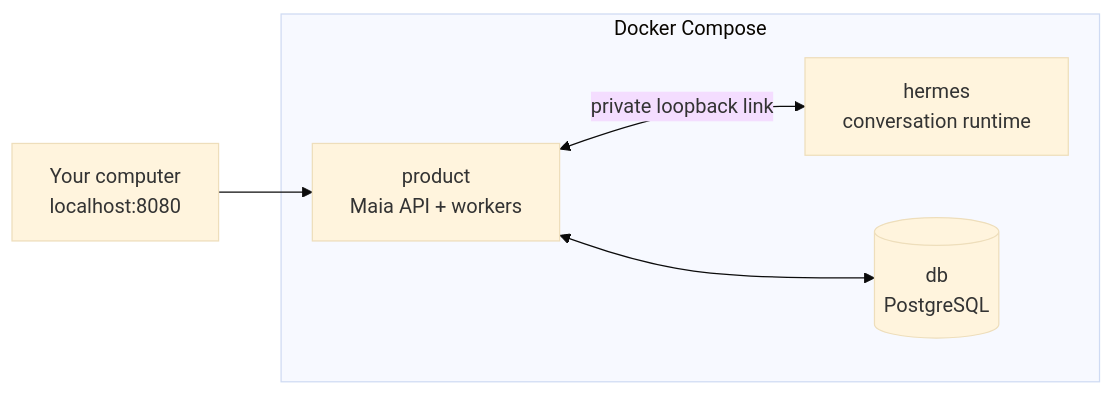
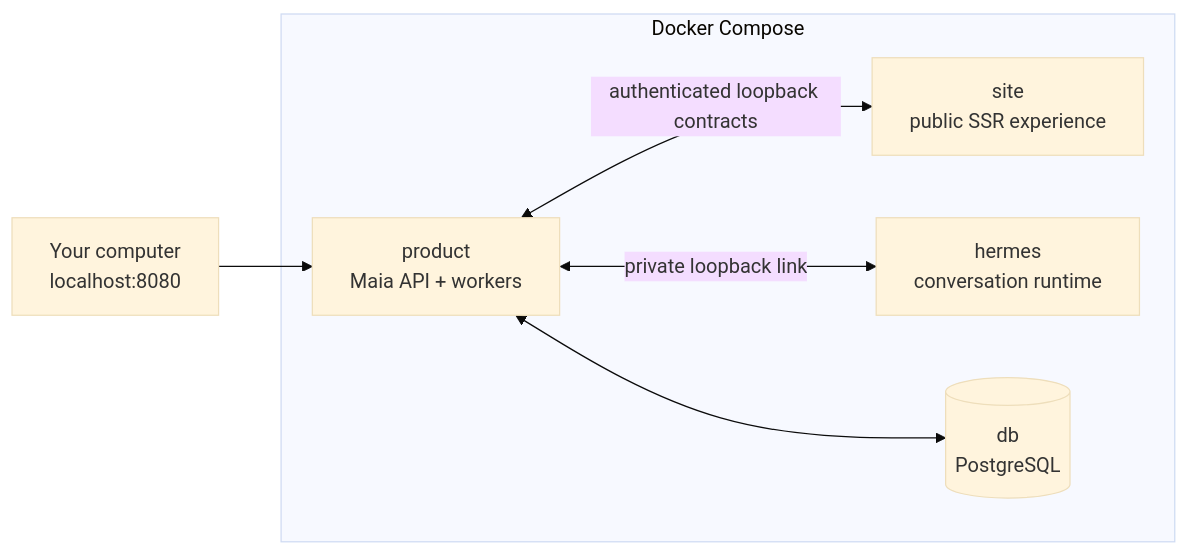
One commit to gmogmzGithub/maia-agent changed the second of 2 diagrams in README.md. Above: the diagram before and after it, drawn with Mermaid (base theme). The commit also changed other lines of this file and 100 other files, not shown here.

````diff
--- a/README.md
+++ b/README.md
@@ -108,12 +134,14 @@
 ```mermaid
 flowchart LR
     Host["Your computer<br/>localhost:8080"]
     subgraph Compose["Docker Compose"]
         Product["product<br/>Maia API + workers"]
+        Site["site<br/>public SSR experience"]
         Hermes["hermes<br/>conversation runtime"]
         DB[("db<br/>PostgreSQL")]
         Product <-->|"private loopback link"| Hermes
+        Product <-->|"authenticated loopback contracts"| Site
         Product <--> DB
     end
     Host --> Product
 ```
````
